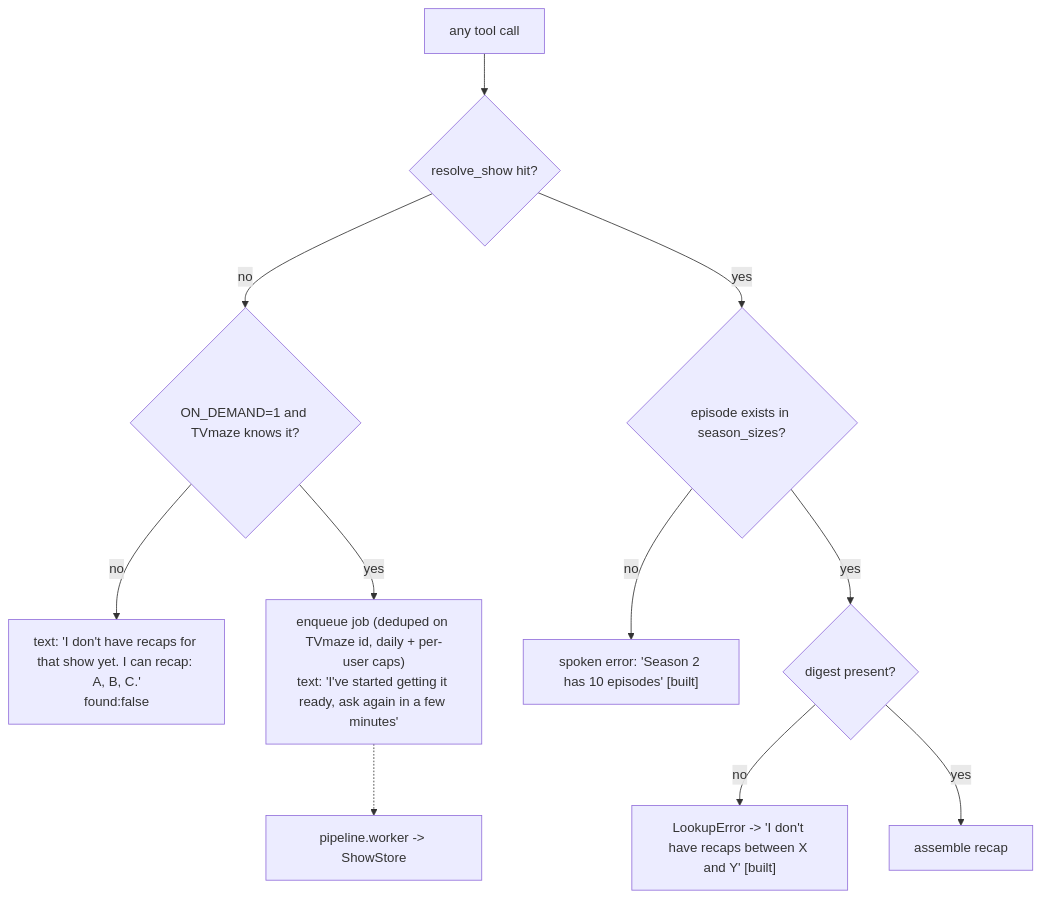
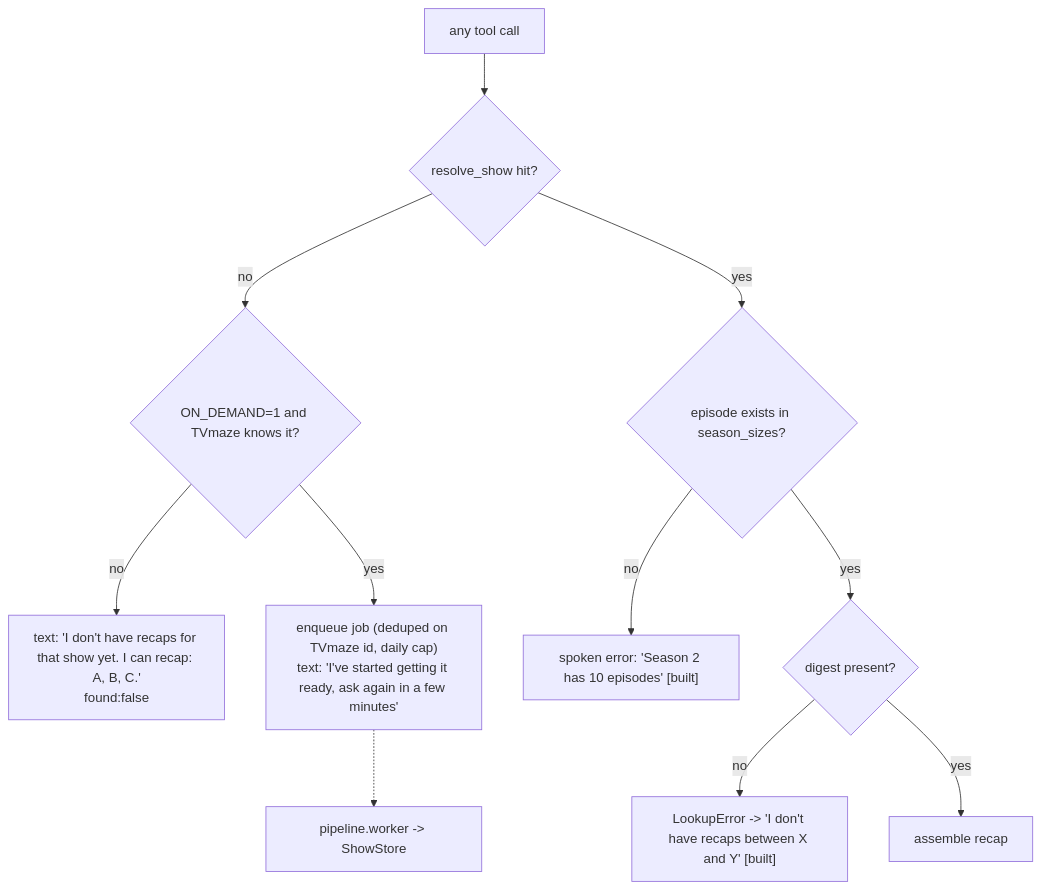
The third of 3 diagrams in docs/architecture.md (himanshuc3/youcantrememberme), drawn with Mermaid before and after one commit. The commit also changed other lines of this file and 29 other files, not shown here.

````diff
--- a/docs/architecture.md
+++ b/docs/architecture.md
@@ -115,13 +107,13 @@
 ```mermaid
 flowchart TD
     Q[any tool call] --> R{resolve_show hit?}
     R -- no --> V{"ON_DEMAND=1 and TVmaze knows it?"}
     V -- no --> U["text: 'I don't have recaps for that show yet. I can recap: A, B, C.'<br/>found:false"]
-    V -- yes --> D["enqueue job (deduped on TVmaze id, daily + per-user caps)<br/>text: 'I've started getting it ready, ask again in a few minutes'"]
+    V -- yes --> D["enqueue job (deduped on TVmaze id, daily cap)<br/>text: 'I've started getting it ready, ask again in a few minutes'"]
     D -.-> W["pipeline.worker -> ShowStore"]
     R -- yes --> E{episode exists in season_sizes?}
     E -- no --> B["spoken error: 'Season 2 has 10 episodes' [built]"]
     E -- yes --> H{digest present?}
     H -- no --> G["LookupError -> 'I don't have recaps between X and Y' [built]"]
     H -- yes --> OK[assemble recap]
 ```
````
